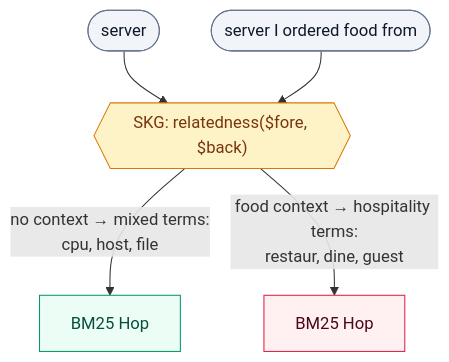
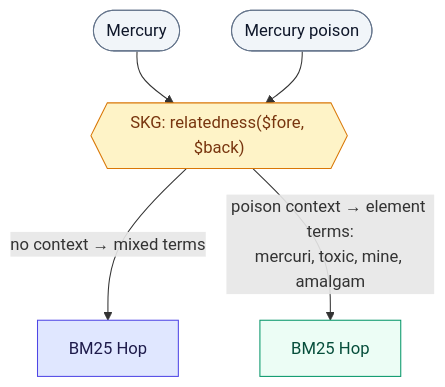
Before and after one commit to ajayp/wormhole-vectors: the third of 3 diagrams in README.md, drawn with Mermaid. The commit also changed other lines of this file, not shown here.

````diff
--- a/README.md
+++ b/README.md
@@ -182,16 +194,17 @@
 ```mermaid
 flowchart TB
     classDef input fill:#f1f5f9,stroke:#64748b,color:#0f172a
     classDef anchor fill:#fef3c7,stroke:#d97706,color:#78350f
-    classDef tech fill:#ecfdf5,stroke:#059669,color:#064e3b
-    classDef hosp fill:#fff1f2,stroke:#e11d48,color:#4c0519
+    classDef planet fill:#e0e7ff,stroke:#4f46e5,color:#1e1b4b
+    classDef element fill:#ecfdf5,stroke:#059669,color:#064e3b
+    classDef car fill:#fff1f2,stroke:#e11d48,color:#4c0519
 
-    I1(["server"]):::input
-    I2(["server I ordered food from"]):::input
+    I1(["Mercury"]):::input
+    I2(["Mercury poison"]):::input
 
     I1 --> W{{"SKG: relatedness($fore, $back)"}}:::anchor
     I2 --> W
 
-    W -->|"no context → mixed terms:<br/>cpu, host, file"| tech[BM25 Hop]:::tech
-    W -->|"food context → hospitality terms:<br/>restaur, dine, guest"| hosp[BM25 Hop]:::hosp
+    W -->|"no context → mixed terms"| planet[BM25 Hop]:::planet
+    W -->|"poison context → element terms:<br/>mercuri, toxic, mine, amalgam"| element[BM25 Hop]:::element
 ```
````
